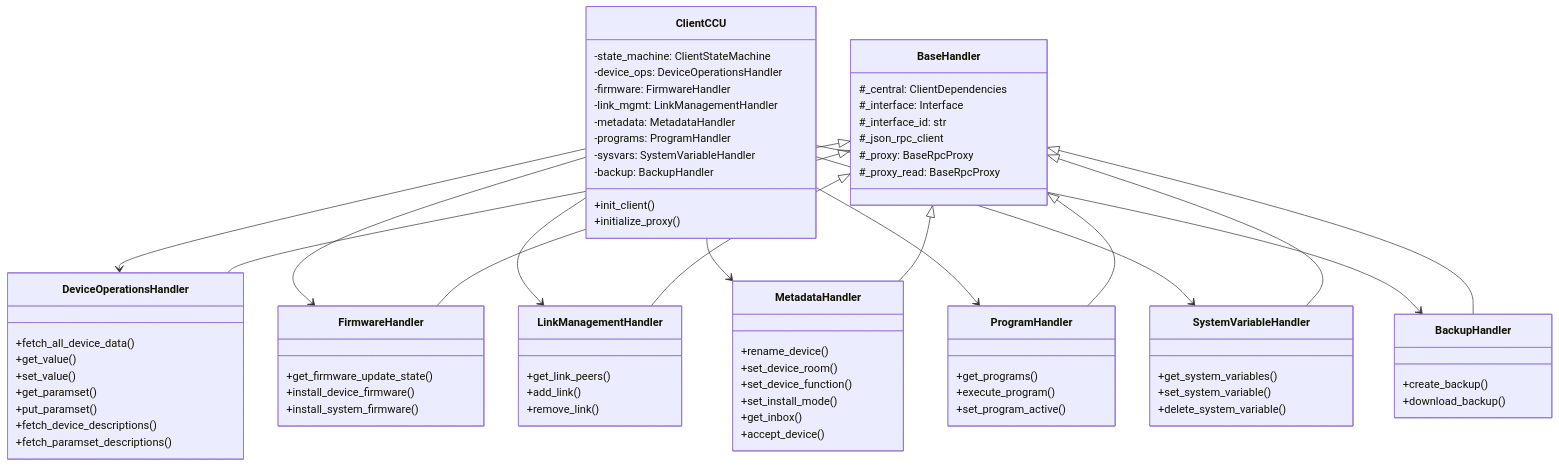
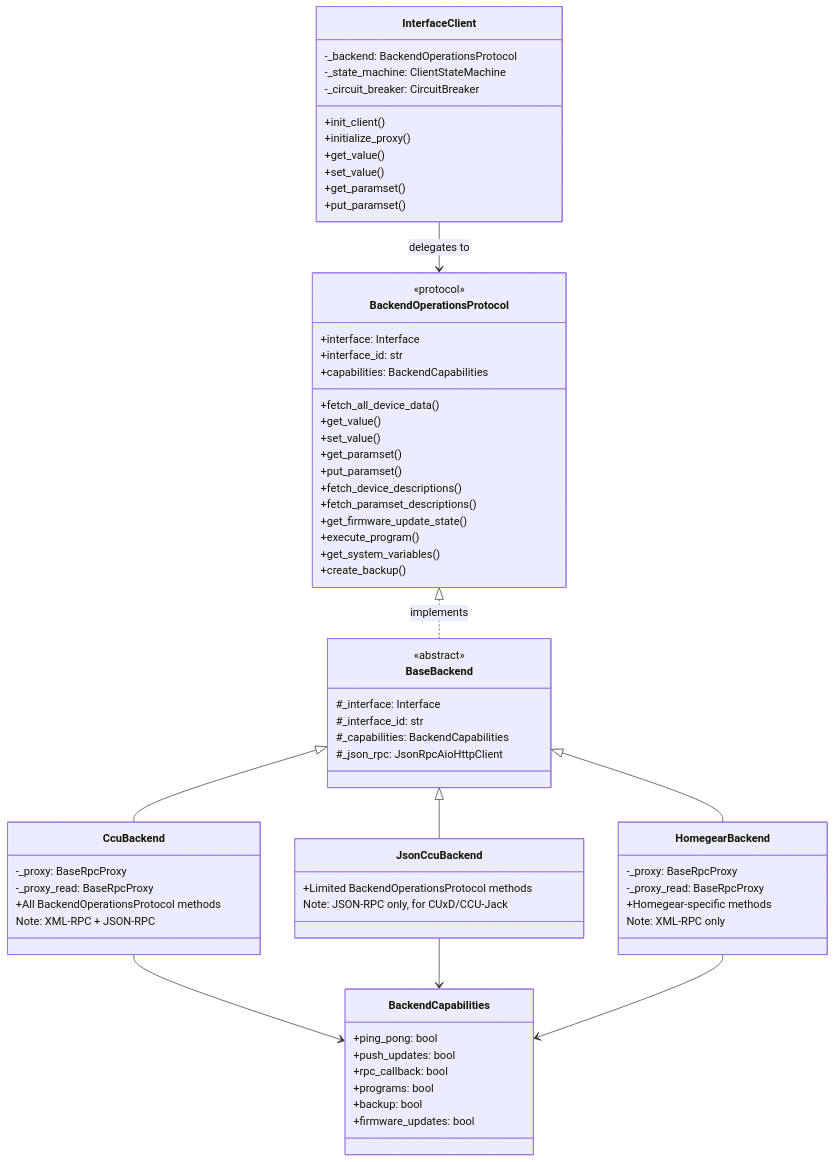
Before and after one commit to SukramJ/aiohomematic: the eighth of 17 diagrams in docs/architecture/sequence_diagrams.md, drawn with Mermaid. The commit also changed other lines of this file and 13 other files, not shown here.

````diff
--- a/docs/architecture/sequence_diagrams.md
+++ b/docs/architecture/sequence_diagrams.md
@@ -581,28 +583,22 @@
 ```mermaid
 classDiagram
-  class ClientCCU {
-    -state_machine: ClientStateMachine
-    -device_ops: DeviceOperationsHandler
-    -firmware: FirmwareHandler
-    -link_mgmt: LinkManagementHandler
-    -metadata: MetadataHandler
-    -programs: ProgramHandler
-    -sysvars: SystemVariableHandler
-    -backup: BackupHandler
+  class InterfaceClient {
+    -_backend: BackendOperationsProtocol
+    -_state_machine: ClientStateMachine
+    -_circuit_breaker: CircuitBreaker
     +init_client()
     +initialize_proxy()
+    +get_value()
+    +set_value()
+    +get_paramset()
+    +put_paramset()
   }
 
-  class BaseHandler {
-    #_central: ClientDependencies
-    #_interface: Interface
-    #_interface_id: str
-    #_json_rpc_client
-    #_proxy: BaseRpcProxy
-    #_proxy_read: BaseRpcProxy
-  }
-
-  class DeviceOperationsHandler {
+  class BackendOperationsProtocol {
+    <<protocol>>
+    +interface: Interface
+    +interface_id: str
+    +capabilities: BackendCapabilities
     +fetch_all_device_data()
     +get_value()
     +set_value()
@@ -610,59 +606,54 @@
     +put_paramset()
     +fetch_device_descriptions()
     +fetch_paramset_descriptions()
+    +get_firmware_update_state()
+    +execute_program()
+    +get_system_variables()
+    +create_backup()
   }
 
-  class FirmwareHandler {
-    +get_firmware_update_state()
-    +install_device_firmware()
-    +install_system_firmware()
+  class BaseBackend {
+    <<abstract>>
+    #_interface: Interface
+    #_interface_id: str
+    #_capabilities: BackendCapabilities
+    #_json_rpc: JsonRpcAioHttpClient
   }
 
-  class LinkManagementHandler {
-    +get_link_peers()
-    +add_link()
-    +remove_link()
+  class CcuBackend {
+    -_proxy: BaseRpcProxy
+    -_proxy_read: BaseRpcProxy
+    +All BackendOperationsProtocol methods
+    Note: XML-RPC + JSON-RPC
   }
 
-  class MetadataHandler {
-    +rename_device()
-    +set_device_room()
-    +set_device_function()
-    +set_install_mode()
-    +get_inbox()
-    +accept_device()
+  class JsonCcuBackend {
+    +Limited BackendOperationsProtocol methods
+    Note: JSON-RPC only, for CUxD/CCU-Jack
   }
 
-  class ProgramHandler {
-    +get_programs()
-    +execute_program()
-    +set_program_active()
+  class HomegearBackend {
+    -_proxy: BaseRpcProxy
+    -_proxy_read: BaseRpcProxy
+    +Homegear-specific methods
+    Note: XML-RPC only
   }
 
-  class SystemVariableHandler {
-    +get_system_variables()
-    +set_system_variable()
-    +delete_system_variable()
+  class BackendCapabilities {
+    +ping_pong: bool
+    +push_updates: bool
+    +rpc_callback: bool
+    +programs: bool
+    +backup: bool
+    +firmware_updates: bool
   }
 
-  class BackupHandler {
-    +create_backup()
-    +download_backup()
-  }
-
-  ClientCCU --> DeviceOperationsHandler
-  ClientCCU --> FirmwareHandler
-  ClientCCU --> LinkManagementHandler
-  ClientCCU --> MetadataHandler
-  ClientCCU --> ProgramHandler
-  ClientCCU --> SystemVariableHandler
-  ClientCCU --> BackupHandler
-
-  BaseHandler <|-- DeviceOperationsHandler
-  BaseHandler <|-- FirmwareHandler
-  BaseHandler <|-- LinkManagementHandler
-  BaseHandler <|-- MetadataHandler
-  BaseHandler <|-- ProgramHandler
-  BaseHandler <|-- SystemVariableHandler
-  BaseHandler <|-- BackupHandler
+  InterfaceClient --> BackendOperationsProtocol : delegates to
+  BackendOperationsProtocol <|.. BaseBackend : implements
+  BaseBackend <|-- CcuBackend
+  BaseBackend <|-- JsonCcuBackend
+  BaseBackend <|-- HomegearBackend
+  CcuBackend --> BackendCapabilities
+  JsonCcuBackend --> BackendCapabilities
+  HomegearBackend --> BackendCapabilities
 ```
````
